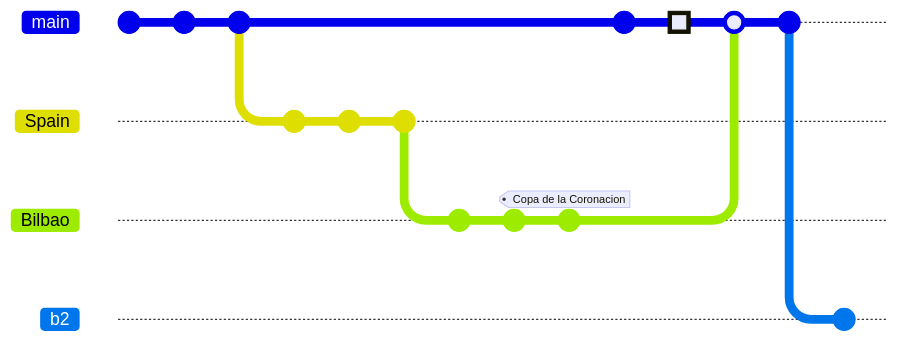
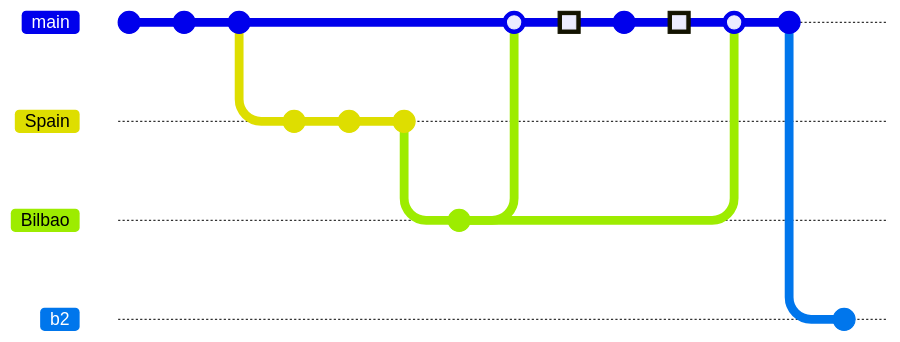
Before and after one commit to sarnobat/atleticomadrid: the diagram in README.md, drawn with Mermaid. Commit ids are hidden.

````diff
--- a/README.md
+++ b/README.md
@@ -6,22 +6,22 @@
 ```mermaid
 gitGraph:
     commit id: "1847 Eton rules football published"
     commit id: "1863 October FA rules created"
     commit id: "1863 FA Founded in London"
     branch Spain
     commit id: "1889 December 23 Recreativo Huelva founded"
     commit id: "1890 Sevilla founded"
     commit id: "1898 Barcelona founded"
     branch Bilbao
     commit id: "1898 July 18 Bilbao founded"
     checkout Bilbao
-    commit id: "1903"
-    commit tag:"Copa de la Coronacion"
     checkout main
+    merge Bilbao
+    commit id: "1903 Copa de la Coronacion" type: HIGHLIGHT
     commit id: "highlight"
     commit type: HIGHLIGHT id: "highlight2"
     merge Bilbao
     commit
     branch b2
     commit
 ```
````
